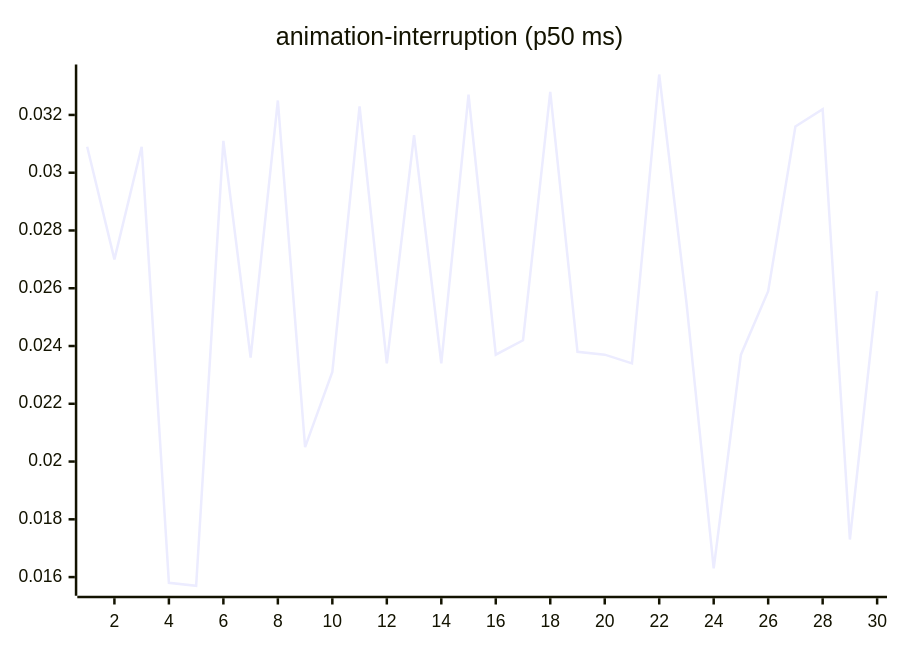
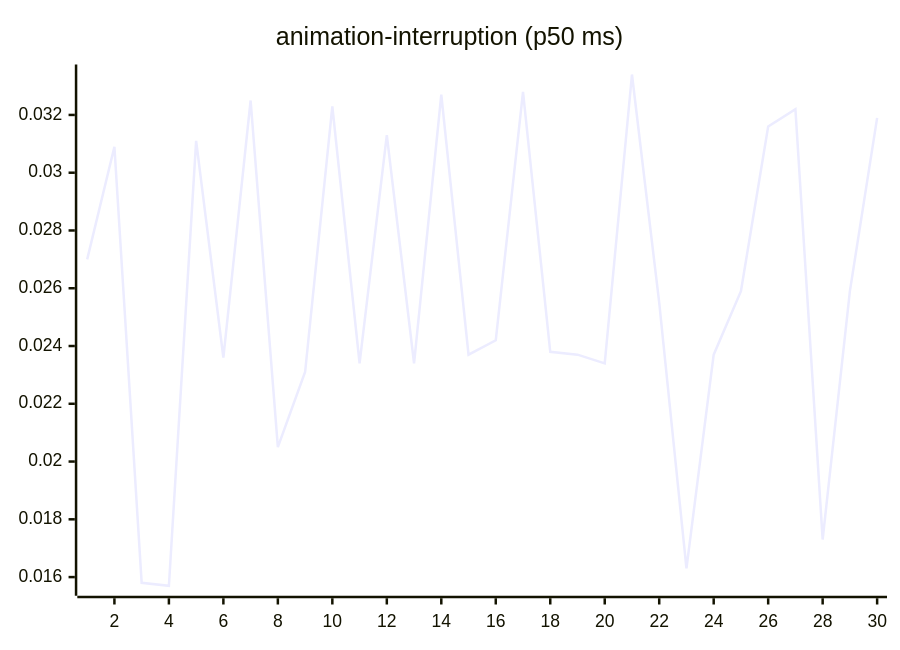
Before and after one commit to josha/Facet: the third of 27 diagrams in README.md, drawn with Mermaid. The commit also changed other lines of this file and 2 other files, not shown here.

````diff
--- a/README.md
+++ b/README.md
@@ -77,6 +77,6 @@
 ```mermaid
 xychart-beta
     title "animation-interruption (p50 ms)"
     x-axis 1 --> 30
-    line [0.0309, 0.0270, 0.0309, 0.0158, 0.0157, 0.0311, 0.0236, 0.0325, 0.0205, 0.0231, 0.0323, 0.0234, 0.0313, 0.0234, 0.0327, 0.0237, 0.0242, 0.0328, 0.0238, 0.0237, 0.0234, 0.0334, 0.0255, 0.0163, 0.0237, 0.0259, 0.0316, 0.0322, 0.0173, 0.0259]
+    line [0.0270, 0.0309, 0.0158, 0.0157, 0.0311, 0.0236, 0.0325, 0.0205, 0.0231, 0.0323, 0.0234, 0.0313, 0.0234, 0.0327, 0.0237, 0.0242, 0.0328, 0.0238, 0.0237, 0.0234, 0.0334, 0.0255, 0.0163, 0.0237, 0.0259, 0.0316, 0.0322, 0.0173, 0.0259, 0.0319]
 ```
````
